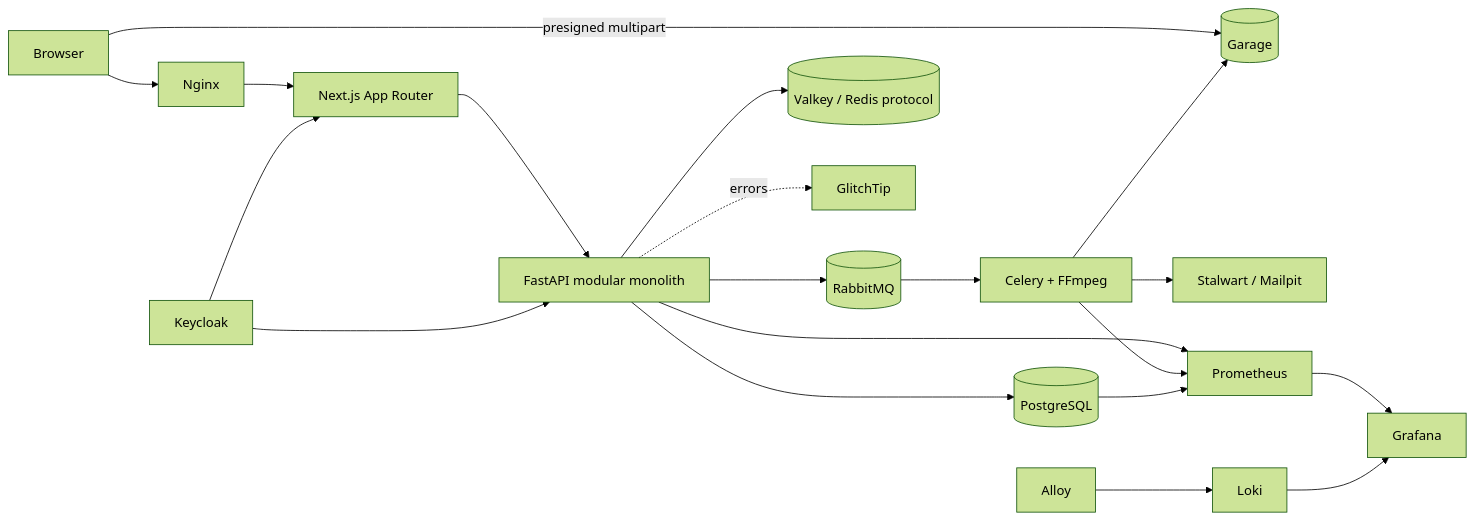
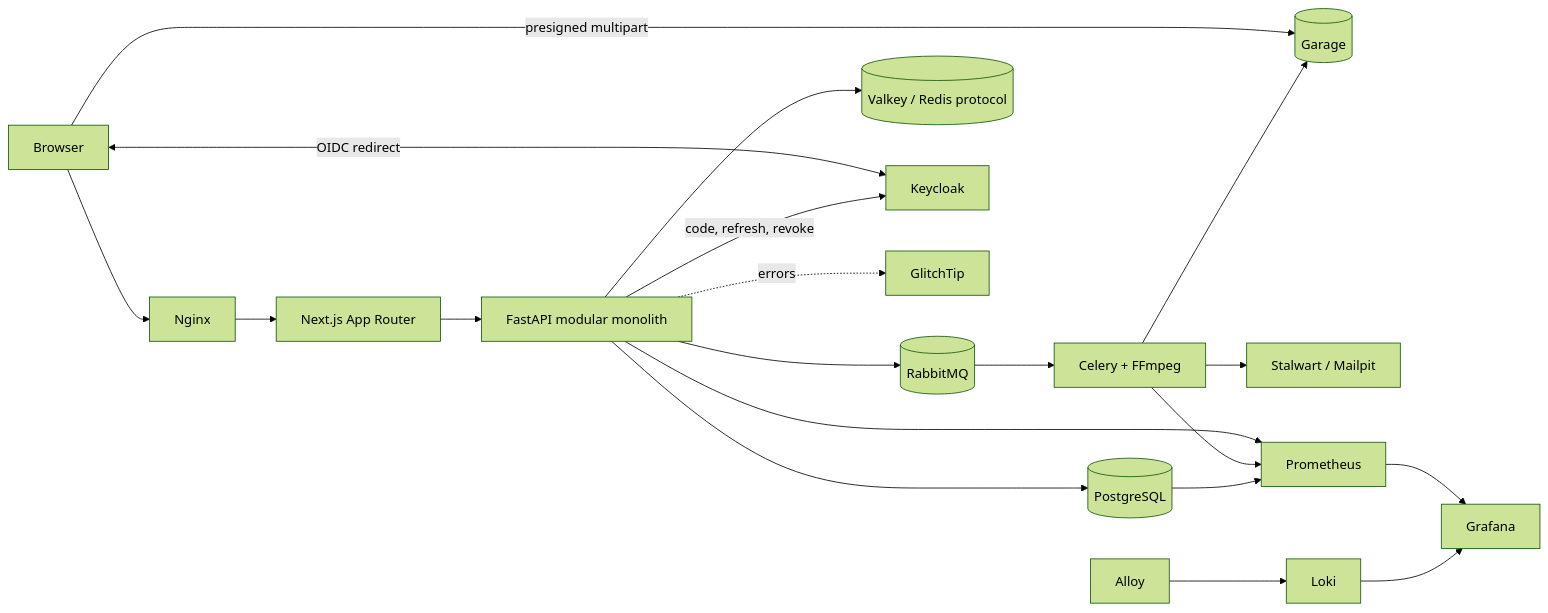
One commit to khanhnkq/feed.io changed the diagram in README.md. Above: the diagram before and after it, drawn with Mermaid (forest theme). The commit also changed other lines of this file and 57 other files, not shown here.

````diff
--- a/README.md
+++ b/README.md
@@ -41,22 +44,22 @@
 ```mermaid
 flowchart LR
     Browser --> Nginx
     Nginx --> Web[Next.js App Router]
     Web --> API[FastAPI modular monolith]
     Browser -->|presigned multipart| Garage[(Garage)]
     API --> PostgreSQL[(PostgreSQL)]
     API --> RabbitMQ[(RabbitMQ)]
     API --> Valkey[(Valkey / Redis protocol)]
     RabbitMQ --> Worker[Celery + FFmpeg]
     Worker --> Garage
-    Keycloak --> Web
-    Keycloak --> API
+    Browser <-->|OIDC redirect| Keycloak
+    API -->|code, refresh, revoke| Keycloak
     Worker --> Mail[Stalwart / Mailpit]
     API --> Prometheus
     Worker --> Prometheus
     PostgreSQL --> Prometheus
     Alloy --> Loki
     Prometheus --> Grafana
     Loki --> Grafana
     API -. errors .-> GlitchTip
 ```
````
